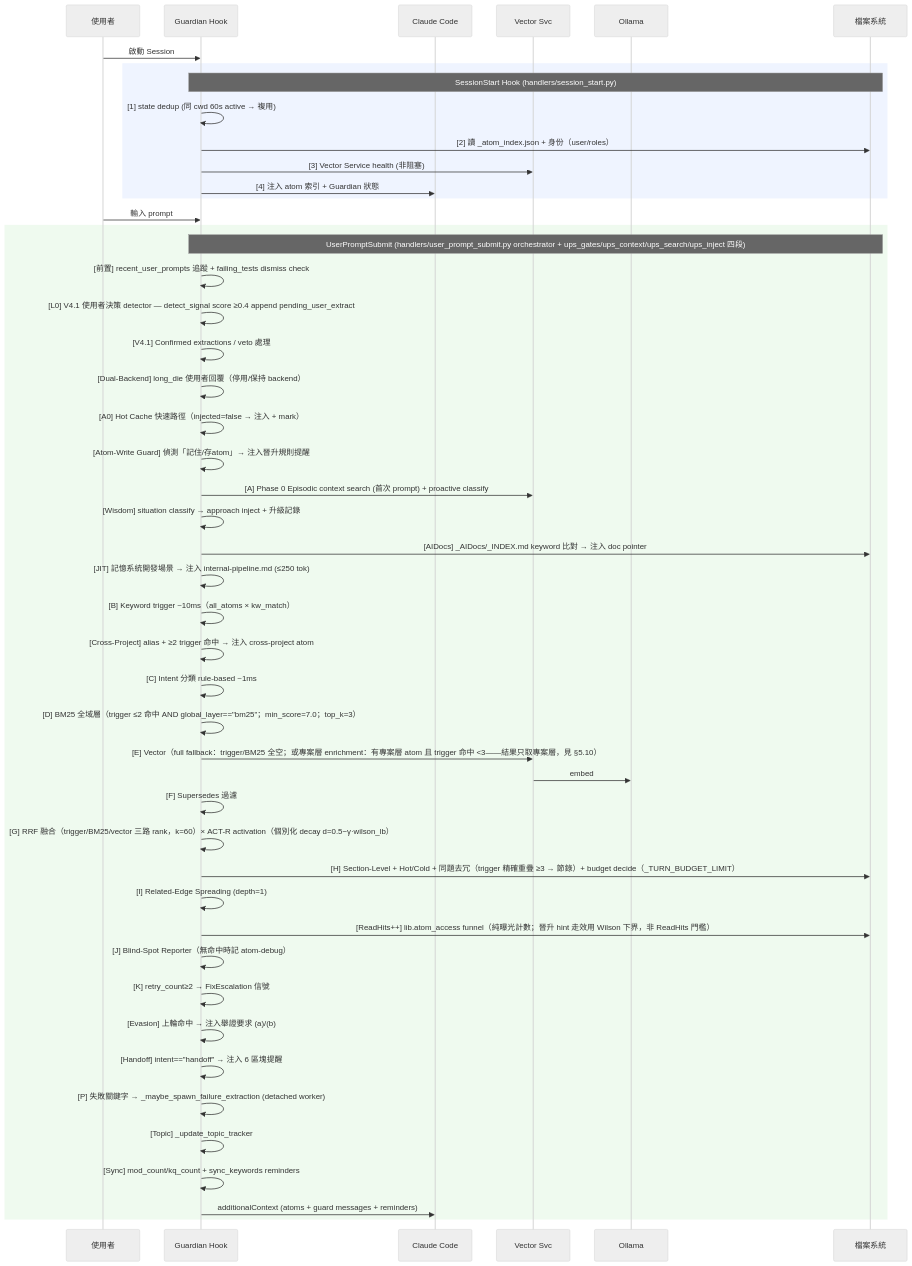
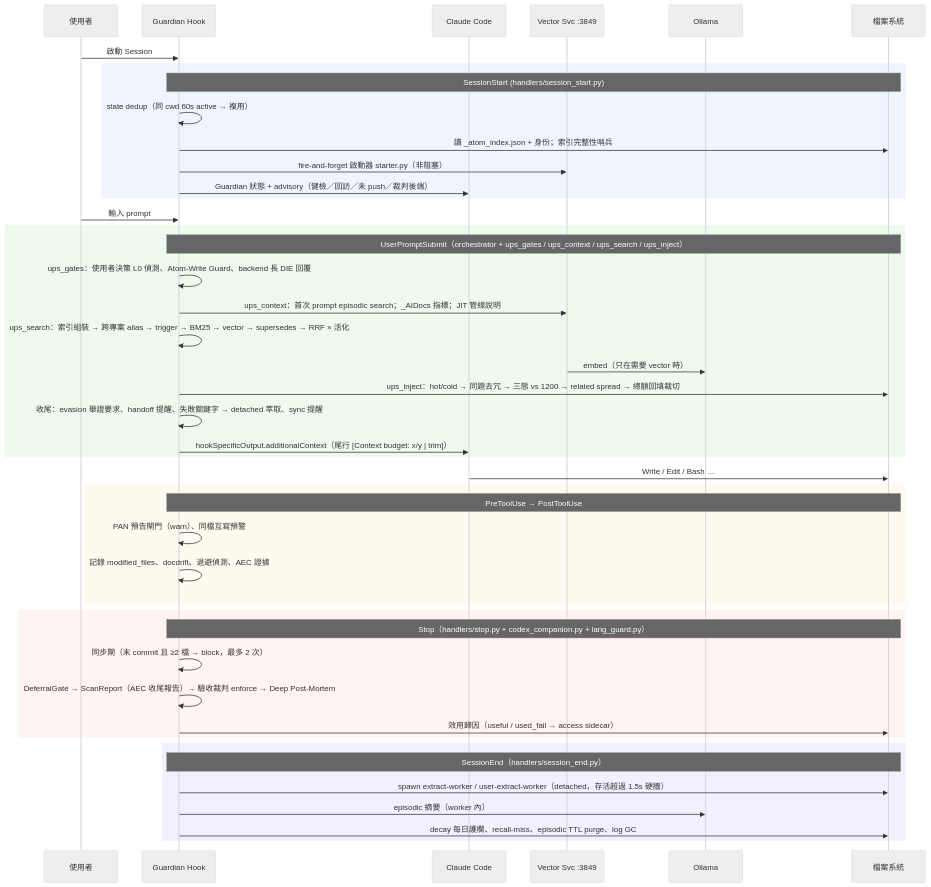
The diagram in TECH.md (holylight1979/AtomicMemory-ClaudeCode), drawn with Mermaid (neutral theme) before and after one commit. The commit also changed other lines of this file and 10 other files, not shown here.

````diff
--- a/TECH.md
+++ b/TECH.md
@@ -476,52 +99,51 @@
 ```mermaid
 sequenceDiagram
     participant U as 使用者
     participant G as Guardian Hook
     participant C as Claude Code
-    participant V as Vector Svc
+    participant V as Vector Svc :3849
     participant O as Ollama
     participant F as 檔案系統
 
     U->>G: 啟動 Session
     rect rgba(100,150,255,0.1)
-        note over G,F: SessionStart Hook (handlers/session_start.py)
-        G->>G: [1] state dedup (同 cwd 60s active → 複用)
-        G->>F: [2] 讀 _atom_index.json + 身份（user/roles）
-        G->>V: [3] Vector Service health (非阻塞)
-        G->>C: [4] 注入 atom 索引 + Guardian 狀態
+        note over G,F: SessionStart (handlers/session_start.py)
+        G->>G: state dedup（同 cwd 60s active → 複用）
+        G->>F: 讀 _atom_index.json + 身份；索引完整性哨兵
+        G->>V: fire-and-forget 啟動器 starter.py（非阻塞）
+        G->>C: Guardian 狀態 + advisory（健檢／回訪／未 push／裁判後端）
     end
 
     U->>G: 輸入 prompt
     rect rgba(100,200,100,0.1)
-        note over G,F: UserPromptSubmit (handlers/user_prompt_submit.py orchestrator + ups_gates/ups_context/ups_search/ups_inject 四段)
-        G->>G: [前置] recent_user_prompts 追蹤 + failing_tests dismiss check
-        G->>G: [L0] V4.1 使用者決策 detector — detect_signal score ≥0.4 append pending_user_extract
-        G->>G: [V4.1] Confirmed extractions / veto 處理
-        G->>G: [Dual-Backend] long_die 使用者回覆（停用/保持 backend）
-        G->>G: [A0] Hot Cache 快速路徑（injected=false → 注入 + mark）
-        G->>G: [Atom-Write Guard] 偵測「記住/存atom」→ 注入晉升規則提醒
-        G->>V: [A] Phase 0 Episodic context search (首次 prompt) + proactive classify
-        G->>G: [Wisdom] situation classify → approach inject + 升級記錄
-        G->>F: [AIDocs] _AIDocs/_INDEX.md keyword 比對 → 注入 doc pointer
-        G->>G: [JIT] 記憶系統開發場景 → 注入 internal-pipeline.md (≤250 tok)
-        G->>G: [B] Keyword trigger ~10ms（all_atoms × kw_match）
-        G->>G: [Cross-Project] alias + ≥2 trigger 命中 → 注入 cross-project atom
-        G->>G: [C] Intent 分類 rule-based ~1ms
-        G->>G: [D] BM25 全域層（trigger ≤2 命中 AND global_layer=="bm25"；min_score=7.0；top_k=3）
-        G->>V: [E] Vector（full fallback：trigger/BM25 全空；或專案層 enrichment：有專案層 atom 且 trigger 命中 <3——結果只取專案層，見 §5.10）
-        V->>O: embed
-        G->>G: [F] Supersedes 過濾
-        G->>G: [G] RRF 融合（trigger/BM25/vector 三路 rank，k=60）× ACT-R activation（個別化 decay d=0.5−γ·wilson_lb）
-        G->>F: [H] Section-Level + Hot/Cold + 同題去冗（trigger 精確重疊 ≥3 → 節錄）+ budget decide（_TURN_BUDGET_LIMIT）
-        G->>G: [I] Related-Edge Spreading (depth=1)
-        G->>F: [ReadHits++] lib.atom_access funnel（純曝光計數；晉升 hint 走效用 Wilson 下界，非 ReadHits 門檻）
-        G->>G: [J] Blind-Spot Reporter（無命中時記 atom-debug）
-        G->>G: [K] retry_count≥2 → FixEscalation 信號
-        G->>G: [Evasion] 上輪命中 → 注入舉證要求 (a)/(b)
-        G->>G: [Handoff] intent=="handoff" → 注入 6 區塊提醒
-        G->>G: [P] 失敗關鍵字 → _maybe_spawn_failure_extraction (detached worker)
-        G->>G: [Topic] _update_topic_tracker
-        G->>G: [Sync] mod_count/kq_count + sync_keywords reminders
-        G->>C: additionalContext (atoms + guard messages + reminders)
+        note over G,F: UserPromptSubmit（orchestrator + ups_gates / ups_context / ups_search / ups_inject）
+        G->>G: ups_gates：使用者決策 L0 偵測、Atom-Write Guard、backend 長 DIE 回覆
+        G->>V: ups_context：首次 prompt episodic search；_AIDocs 指標；JIT 管線說明
+        G->>G: ups_search：索引組裝 → 跨專案 alias → trigger → BM25 → vector → supersedes → RRF × 活化
+        V->>O: embed（只在需要 vector 時）
+        G->>F: ups_inject：hot/cold → 同題去冗 → 三態 vs 1200 → related spread → 總額回填裁切
+        G->>G: 收尾：evasion 舉證要求、handoff 提醒、失敗關鍵字 → detached 萃取、sync 提醒
+        G->>C: hookSpecificOutput.additionalContext（尾行 [Context budget: x/y | trim]）
+    end
+
+    C->>F: Write / Edit / Bash …
+    rect rgba(255,200,100,0.1)
+        note over G,F: PreToolUse → PostToolUse
+        G->>G: PAN 預告閘門（warn）、同檔互寫預警
+        G->>G: 記錄 modified_files、docdrift、退避偵測、AEC 證據
+    end
+
+    rect rgba(255,150,150,0.1)
+        note over G,F: Stop（handlers/stop.py + codex_companion.py + lang_guard.py）
+        G->>G: 同步閘（未 commit 且 ≥2 檔 → block，最多 2 次）
+        G->>G: DeferralGate → ScanReport（AEC 收尾報告）→ 驗收裁判 enforce → Deep Post-Mortem
+        G->>F: 效用歸因（useful / used_fail → access sidecar）
+    end
+
+    rect rgba(150,100,255,0.1)
+        note over G,F: SessionEnd（handlers/session_end.py）
+        G->>F: spawn extract-worker / user-extract-worker（detached，存活超過 1.5s 硬牆）
+        G->>O: episodic 摘要（worker 內）
+        G->>F: decay 每日護欄、recall-miss、episodic TTL purge、log GC
     end
 ```
````
